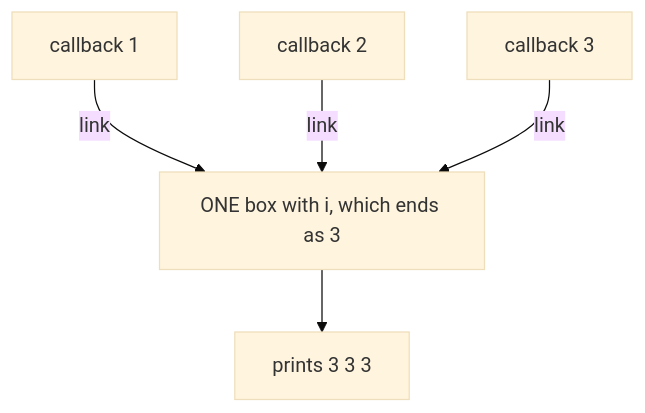
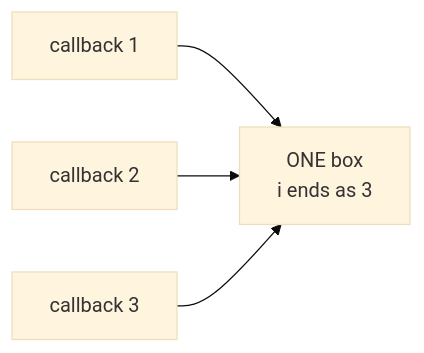
One commit to starjustice/research-material changed the third of 4 diagrams in learn/javascript/05-closures.md. Above: the diagram before and after it, drawn with Mermaid (base theme). The commit also changed other lines of this file, not shown here.

````diff
--- a/learn/javascript/05-closures.md
+++ b/learn/javascript/05-closures.md
@@ -150,8 +206,6 @@
 ```mermaid
-graph TB
-    VB["ONE box with i, which ends as 3"]
-    V1["callback 1"] -->|link| VB
-    V2["callback 2"] -->|link| VB
-    V3["callback 3"] -->|link| VB
-    VB --> VR["prints 3 3 3"]
+graph LR
+    V1["callback 1"] --> VB["ONE box<br/>i ends as 3"]
+    V2["callback 2"] --> VB
+    V3["callback 3"] --> VB
 ```
````
